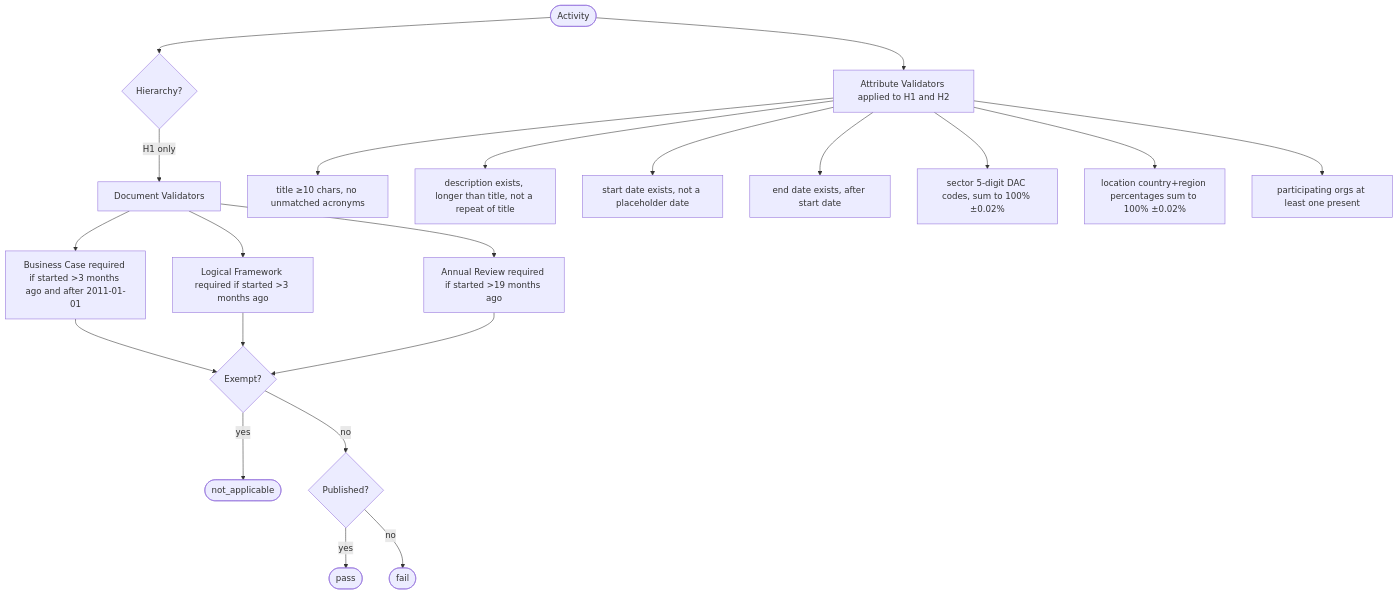
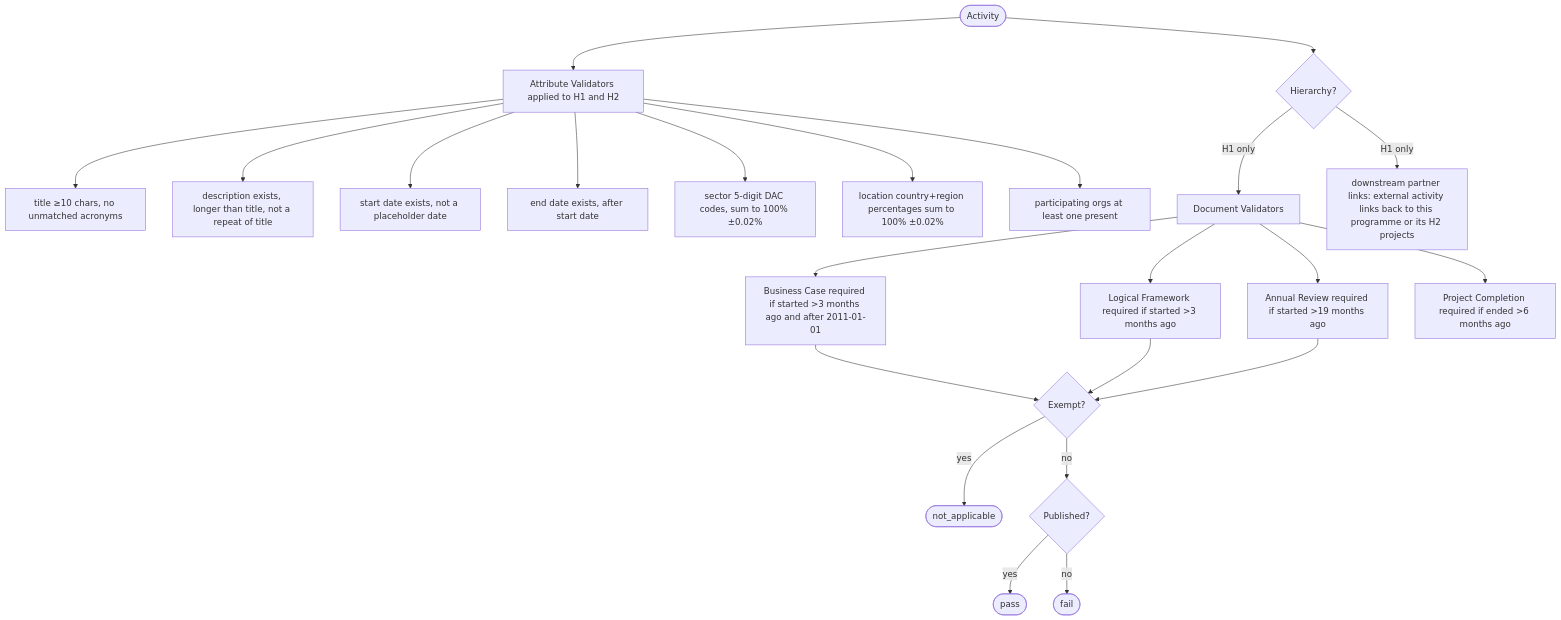
The fourth of 6 diagrams in DIAGRAMS.md (zimmerman-team/iati-cloud.dqa), drawn with Mermaid before and after one commit. The commit also changed other lines of this file and 3 other files, not shown here.

````diff
--- a/DIAGRAMS.md
+++ b/DIAGRAMS.md
@@ -104,26 +106,28 @@
 ```mermaid
 flowchart TD
     ACT([Activity]) --> ATTR[Attribute Validators applied to H1 and H2]
     ACT --> HIER{Hierarchy?}
     HIER -->|H1 only| DOC[Document Validators]
 
     ATTR --> T[title ≥10 chars, no unmatched acronyms]
     ATTR --> D[description exists, longer than title, not a repeat of title]
     ATTR --> SD[start date exists, not a placeholder date]
     ATTR --> ED[end date exists, after start date]
     ATTR --> SEC[sector 5-digit DAC codes, sum to 100% ±0.02%]
     ATTR --> LOC[location country+region percentages sum to 100% ±0.02%]
     ATTR --> ORG[participating orgs at least one present]
+    HIER -->|H1 only| DP[downstream partner links: external activity links back to this programme or its H2 projects]
 
     DOC --> BC[Business Case required if started >3 months ago and after 2011-01-01]
     DOC --> LF[Logical Framework required if started >3 months ago]
     DOC --> AR[Annual Review required if started >19 months ago]
+    DOC --> PC[Project Completion required if ended >6 months ago]
 
     BC --> EX{Exempt?}
     LF --> EX
     AR --> EX
     EX -->|yes| NA([not_applicable])
     EX -->|no| PF{Published?}
     PF -->|yes| PASS([pass])
     PF -->|no| FAIL([fail])
 ```
````
